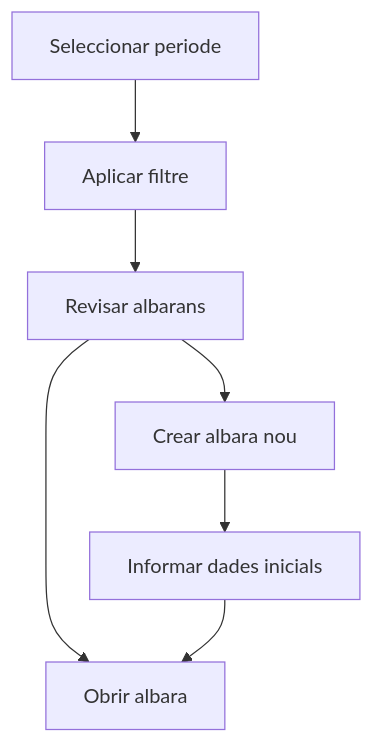
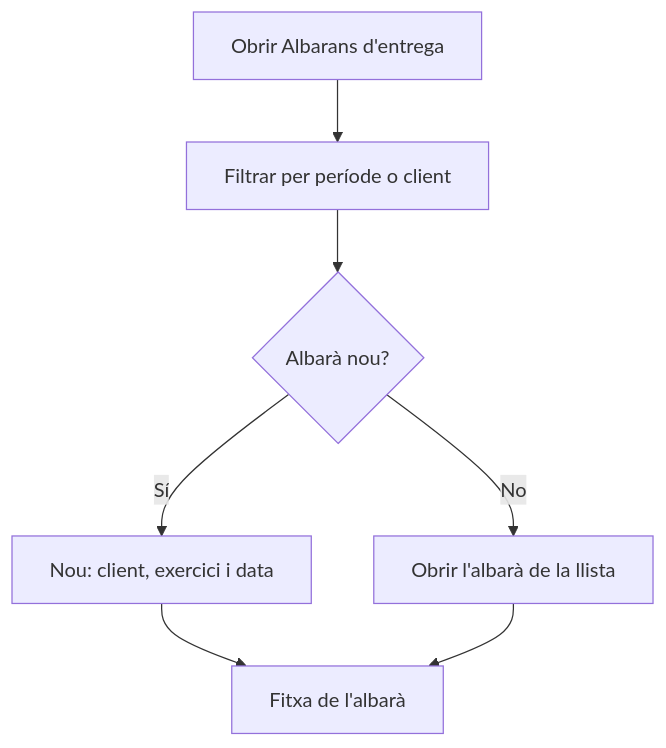
One commit to MGurtD/lilith changed the diagram in frontend/src/help/ca/sales/deliverynote/list.md. Above: the diagram before and after it, drawn with Mermaid. The commit also changed other lines of this file and 331 other files, not shown here.

````diff
--- a/frontend/src/help/ca/sales/deliverynote/list.md
+++ b/frontend/src/help/ca/sales/deliverynote/list.md
@@ -40,9 +46,9 @@
 ```mermaid
 flowchart TD
-    A[Seleccionar periode] --> B[Aplicar filtre]
-    B --> C[Revisar albarans]
-    C --> D[Obrir albara]
-    C --> E[Crear albara nou]
-    E --> F[Informar dades inicials]
-    F --> D
+    A[Obrir Albarans d'entrega] --> B[Filtrar per període o client]
+    B --> C{Albarà nou?}
+    C -->|Sí| D[Nou: client, exercici i data]
+    D --> E[Fitxa de l'albarà]
+    C -->|No| F[Obrir l'albarà de la llista]
+    F --> E
 ```
````
